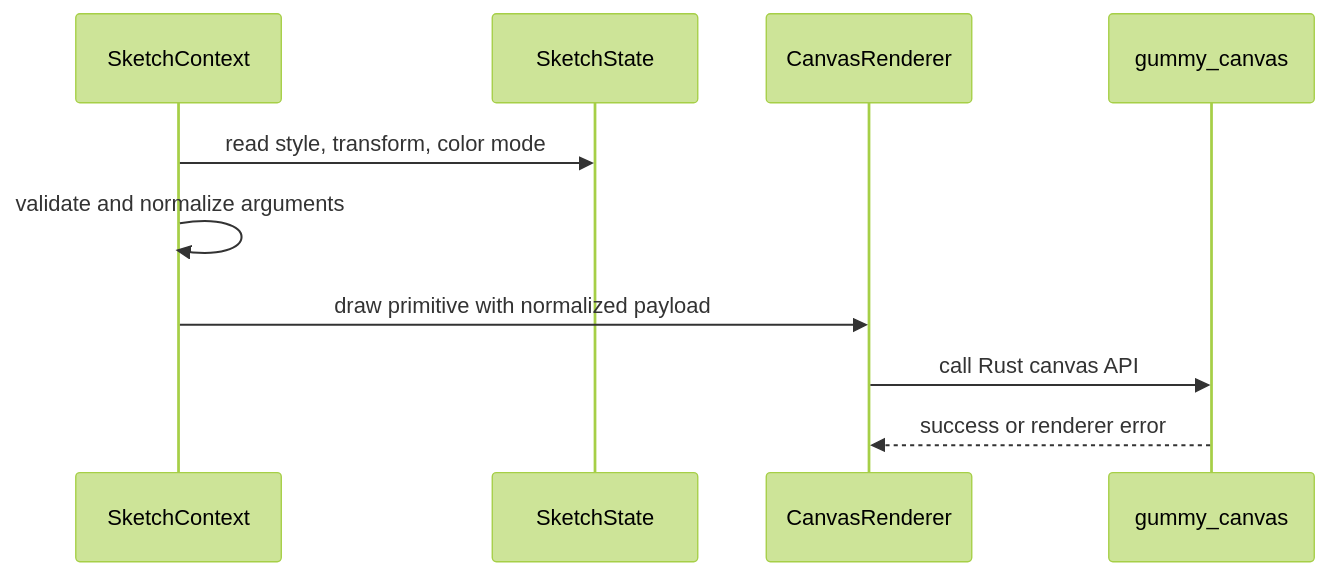
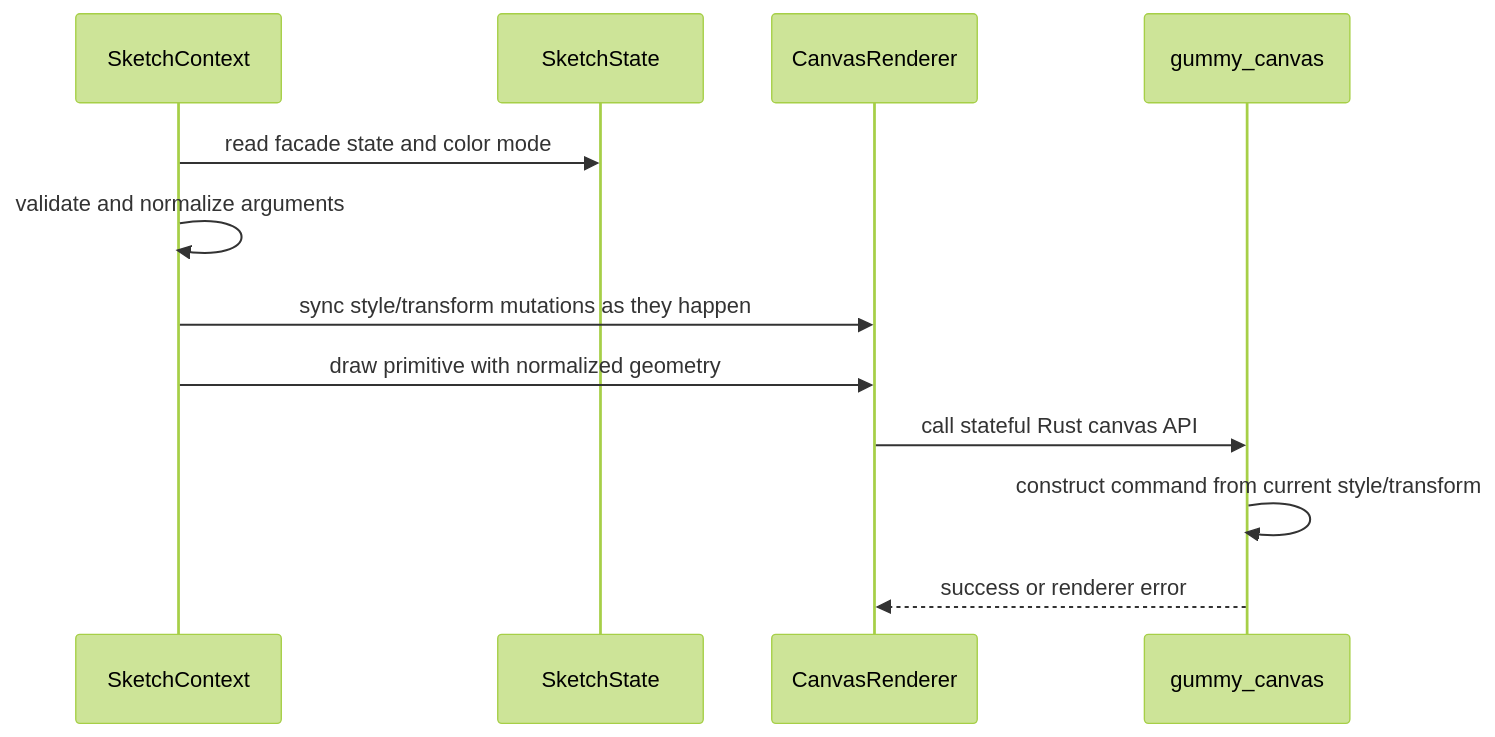
One commit to JonathanHHenson/gummy_snake changed the second of 2 diagrams in docs/contribute/backend_renderer.md. Above: the diagram before and after it, drawn with Mermaid (forest theme). The commit also changed other lines of this file and 35 other files, not shown here.

Commit message:
Add canvas current-state rendering paths

````diff
--- a/docs/contribute/backend_renderer.md
+++ b/docs/contribute/backend_renderer.md
@@ -112,13 +122,15 @@
 ```mermaid
 sequenceDiagram
     participant C as SketchContext
     participant S as SketchState
     participant R as CanvasRenderer
     participant X as gummy_canvas
 
-    C->>S: read style, transform, color mode
+    C->>S: read facade state and color mode
     C->>C: validate and normalize arguments
-    C->>R: draw primitive with normalized payload
-    R->>X: call Rust canvas API
+    C->>R: sync style/transform mutations as they happen
+    C->>R: draw primitive with normalized geometry
+    R->>X: call stateful Rust canvas API
+    X->>X: construct command from current style/transform
     X-->>R: success or renderer error
 ```
````
